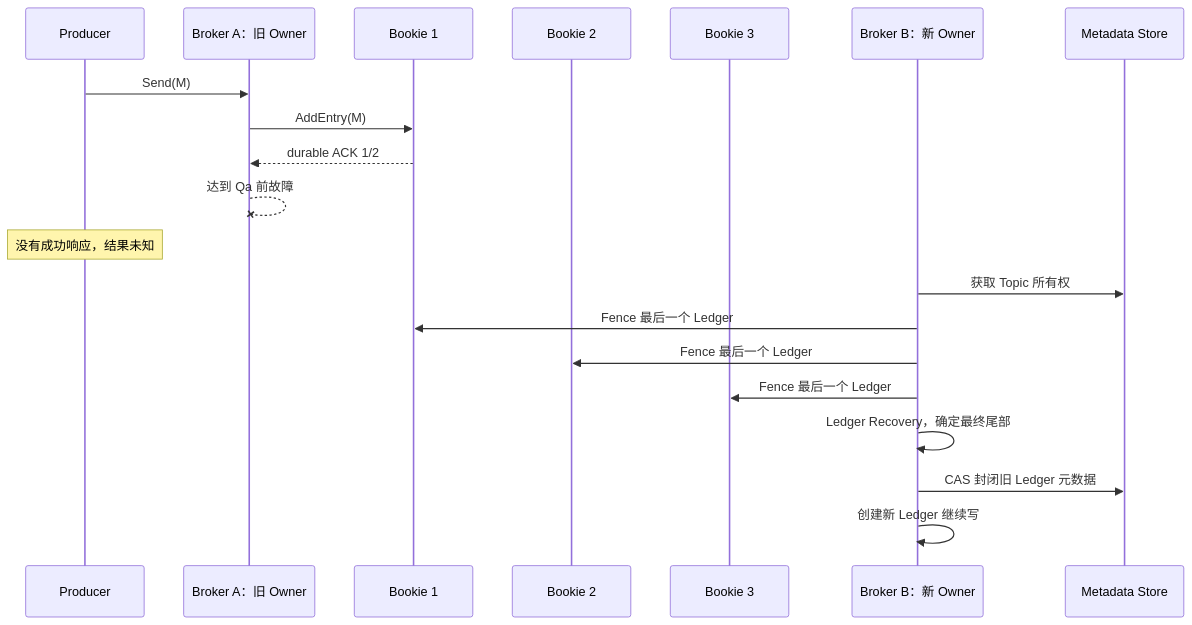
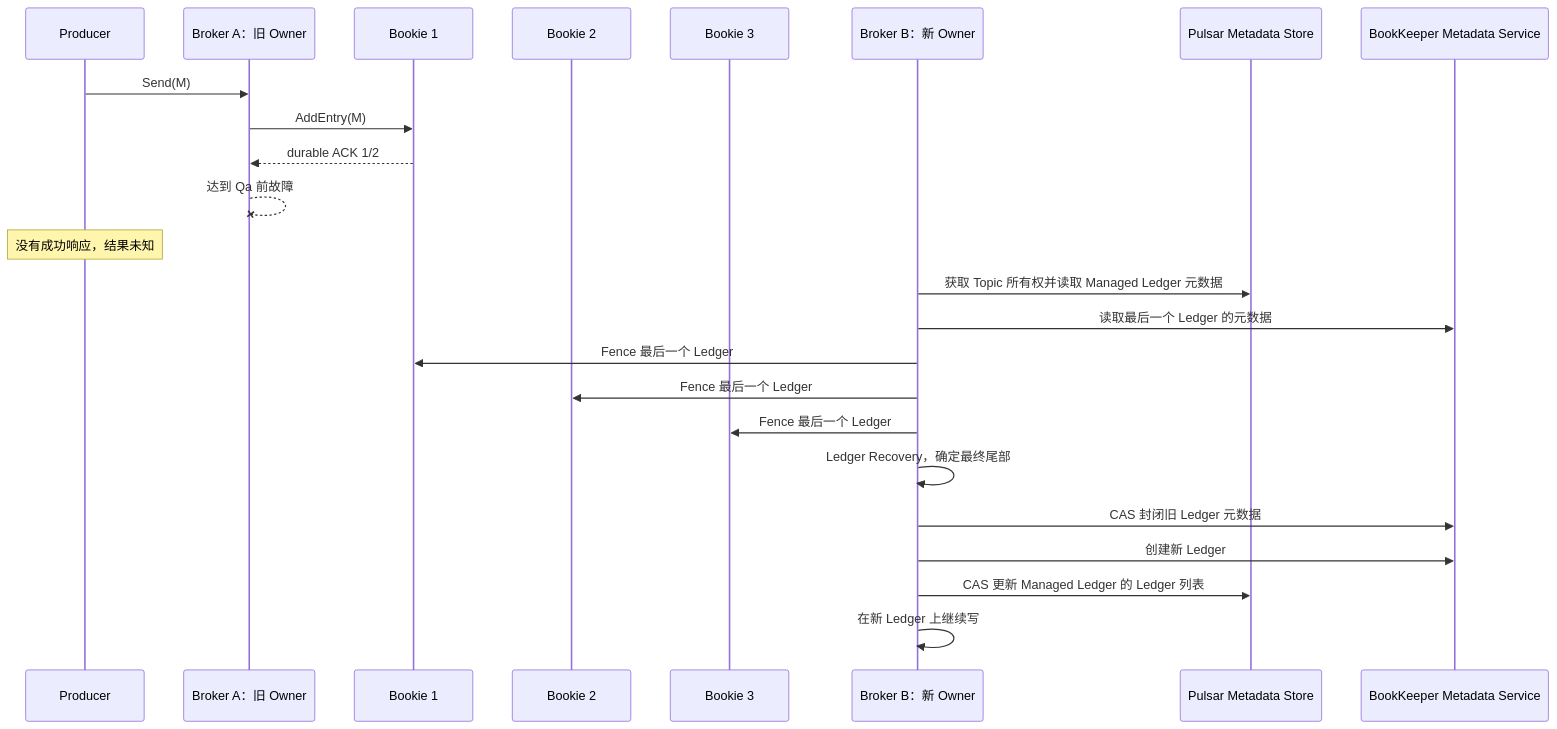
The fifth of 11 diagrams in posts/microservices/queue/032_pulsar_message_queue_implementation.md (hotttao/backup), drawn with Mermaid before and after one commit. The commit also changed other lines of this file and 1 other file, not shown here.

Commit message:
pulsar 第二篇

````diff
--- a/posts/microservices/queue/032_pulsar_message_queue_implementation.md
+++ b/posts/microservices/queue/032_pulsar_message_queue_implementation.md
@@ -379,23 +438,27 @@
 ```mermaid
 sequenceDiagram
     participant P as Producer
     participant A as Broker A：旧 Owner
     participant K1 as Bookie 1
     participant K2 as Bookie 2
     participant K3 as Bookie 3
     participant B as Broker B：新 Owner
-    participant MS as Metadata Store
+    participant PM as Pulsar Metadata Store
+    participant BM as BookKeeper Metadata Service
 
     P->>A: Send(M)
     A->>K1: AddEntry(M)
     K1-->>A: durable ACK 1/2
     A--xA: 达到 Qa 前故障
     Note over P: 没有成功响应，结果未知
-    B->>MS: 获取 Topic 所有权
+    B->>PM: 获取 Topic 所有权并读取 Managed Ledger 元数据
+    B->>BM: 读取最后一个 Ledger 的元数据
     B->>K1: Fence 最后一个 Ledger
     B->>K2: Fence 最后一个 Ledger
     B->>K3: Fence 最后一个 Ledger
     B->>B: Ledger Recovery，确定最终尾部
-    B->>MS: CAS 封闭旧 Ledger 元数据
-    B->>B: 创建新 Ledger 继续写
+    B->>BM: CAS 封闭旧 Ledger 元数据
+    B->>BM: 创建新 Ledger
+    B->>PM: CAS 更新 Managed Ledger 的 Ledger 列表
+    B->>B: 在新 Ledger 上继续写
 ```
````
